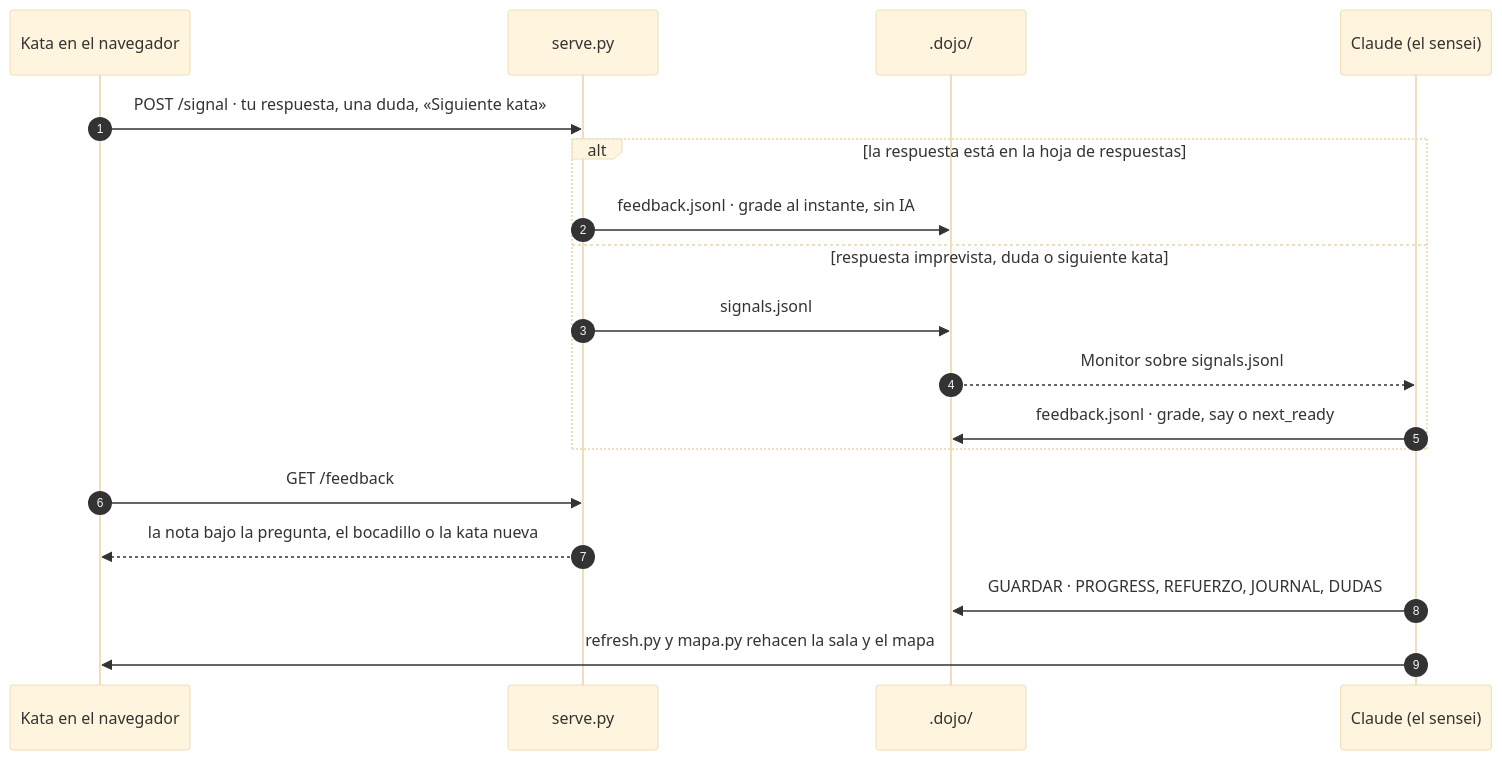
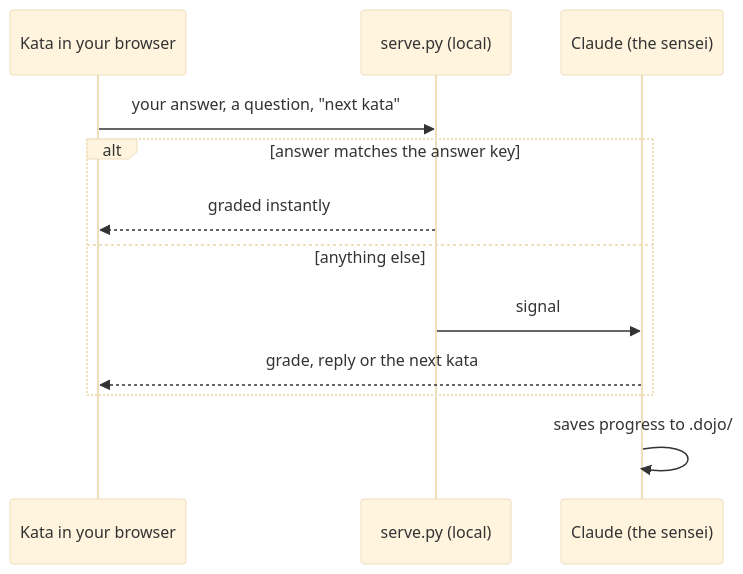
One commit to Lozadaa/sensei-dojo changed the diagram in README.md. Above: the diagram before and after it, drawn with Mermaid (base theme). The commit also changed other lines of this file and 6 other files, not shown here.

````diff
--- a/README.md
+++ b/README.md
@@ -103,20 +95,14 @@
 ```mermaid
 sequenceDiagram
-    autonumber
-    participant P as Kata en el navegador
-    participant S as serve.py
-    participant D as .dojo/
-    participant C as Claude (el sensei)
-    P->>S: POST /signal · tu respuesta, una duda, «Siguiente kata»
-    alt la respuesta está en la hoja de respuestas
-        S->>D: feedback.jsonl · grade al instante, sin IA
-    else respuesta imprevista, duda o siguiente kata
-        S->>D: signals.jsonl
-        D-->>C: Monitor sobre signals.jsonl
-        C->>D: feedback.jsonl · grade, say o next_ready
+    participant P as Kata in your browser
+    participant S as serve.py (local)
+    participant C as Claude (the sensei)
+    P->>S: your answer, a question, "next kata"
+    alt answer matches the answer key
+        S-->>P: graded instantly
+    else anything else
+        S->>C: signal
+        C-->>P: grade, reply or the next kata
     end
-    P->>S: GET /feedback
-    S-->>P: la nota bajo la pregunta, el bocadillo o la kata nueva
-    C->>D: GUARDAR · PROGRESS, REFUERZO, JOURNAL, DUDAS
-    C->>P: refresh.py y mapa.py rehacen la sala y el mapa
+    C->>C: saves progress to .dojo/
 ```
````
